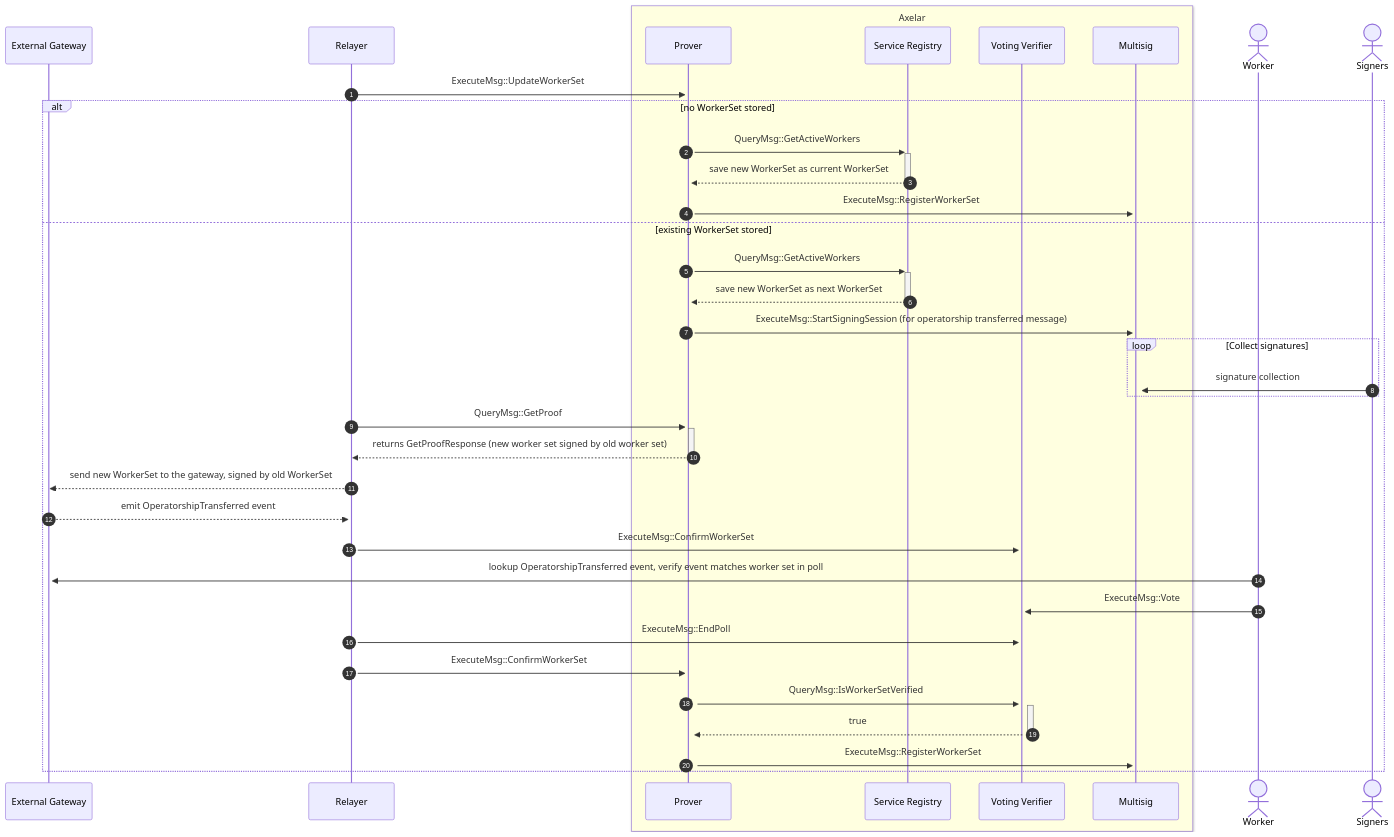
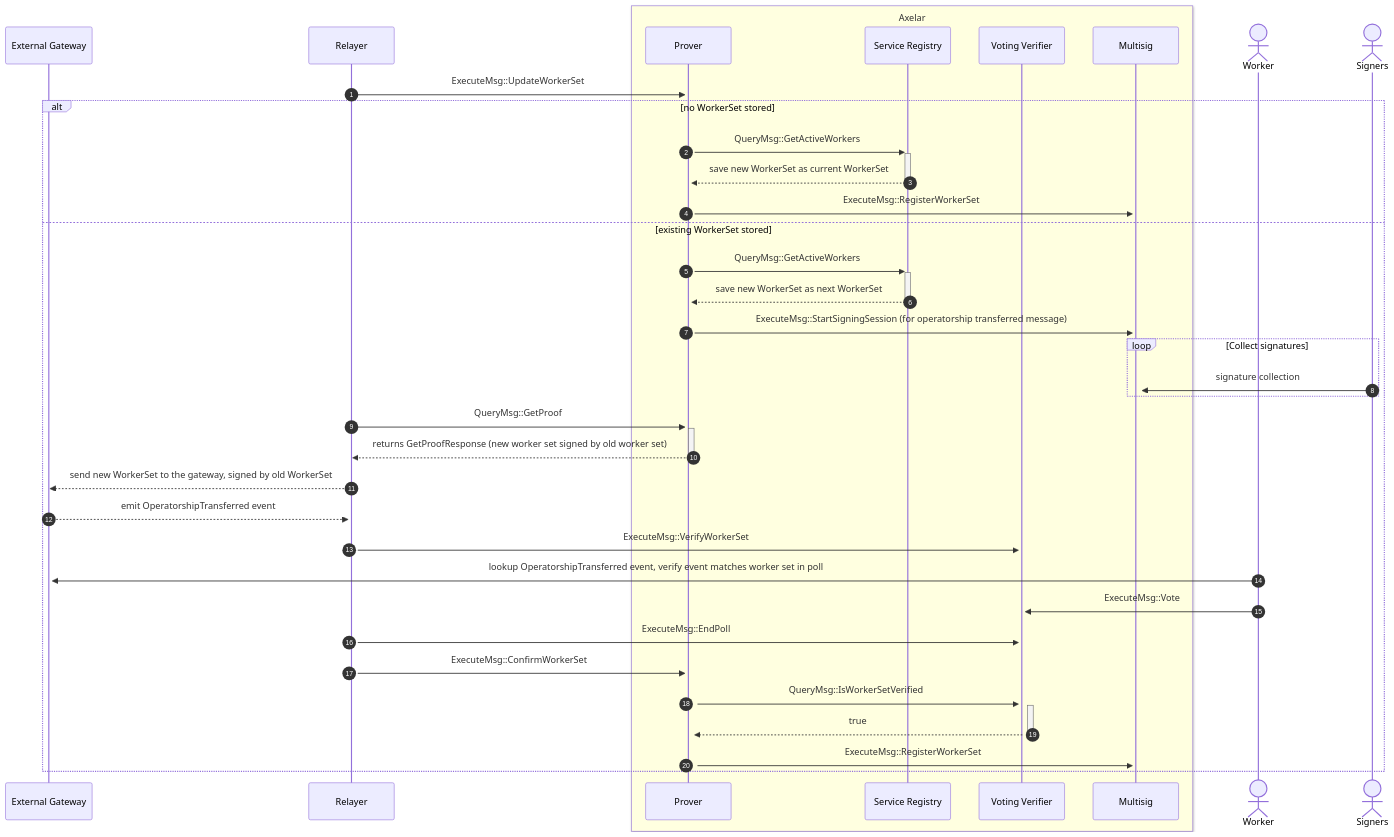
One commit to axelarnetwork/axelar-amplifier changed the fourth of 4 diagrams in doc/src/contracts/multisig_prover.md. Above: the diagram before and after it, drawn with Mermaid. The commit also changed 5 other files, not shown here.

Commit message:
rename `ConfirmWorkerSet` to `VerifyWorkerSet`

````diff
--- a/doc/src/contracts/multisig_prover.md
+++ b/doc/src/contracts/multisig_prover.md
@@ -150,39 +150,39 @@
 ```mermaid
 sequenceDiagram
 autonumber
 participant External Gateway
 participant Relayer
 box LightYellow Axelar
 participant Prover
 participant Service Registry
 participant Voting Verifier
 participant Multisig
 end
 actor Worker
 actor Signers
 Relayer->>+Prover: ExecuteMsg::UpdateWorkerSet
 alt no WorkerSet stored
   Prover->>+Service Registry: QueryMsg::GetActiveWorkers
   Service Registry-->>-Prover: save new WorkerSet as current WorkerSet
   Prover->>+Multisig: ExecuteMsg::RegisterWorkerSet
 else existing WorkerSet stored
   Prover->>+Service Registry: QueryMsg::GetActiveWorkers
   Service Registry-->>-Prover: save new WorkerSet as next WorkerSet
   Prover->>+Multisig: ExecuteMsg::StartSigningSession (for operatorship transferred message)
   loop Collect signatures
 	  Signers->>+Multisig: signature collection
   end
   Relayer->>+Prover: QueryMsg::GetProof
   Prover-->>-Relayer: returns GetProofResponse (new worker set signed by old worker set)
   Relayer-->>External Gateway: send new WorkerSet to the gateway, signed by old WorkerSet
   External Gateway-->>+Relayer: emit OperatorshipTransferred event
-  Relayer->>+Voting Verifier: ExecuteMsg::ConfirmWorkerSet
+  Relayer->>+Voting Verifier: ExecuteMsg::VerifyWorkerSet
   Worker->>+External Gateway: lookup OperatorshipTransferred event, verify event matches worker set in poll
   Worker->>+Voting Verifier: ExecuteMsg::Vote
   Relayer->>+Voting Verifier: ExecuteMsg::EndPoll
   Relayer->>+Prover: ExecuteMsg::ConfirmWorkerSet
   Prover->>+Voting Verifier: QueryMsg::IsWorkerSetVerified
   Voting Verifier-->>-Prover: true
   Prover->>+Multisig: ExecuteMsg::RegisterWorkerSet
 end
 ```
````
